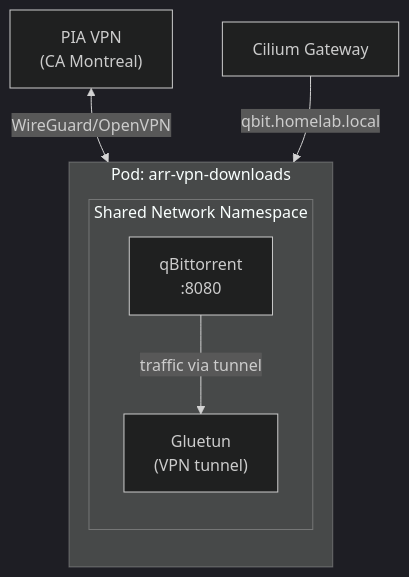
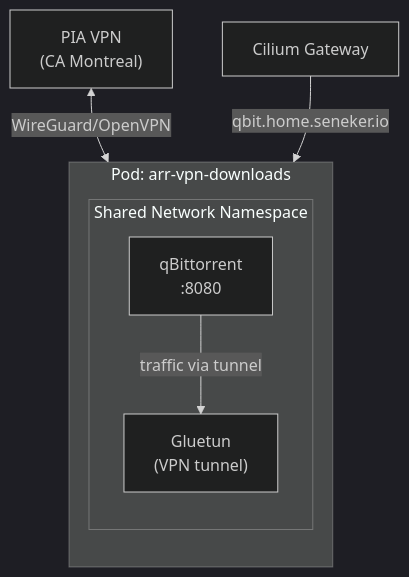
The diagram in docs/apps/downloads.md (kyleseneker/homelab), drawn with Mermaid (dark theme) before and after one commit. The commit also changed other lines of this file and 29 other files, not shown here.

Commit message:
feat: point links, probes, docs and Seerr at home.seneker.io and serve Vault there

````diff
--- a/docs/apps/downloads.md
+++ b/docs/apps/downloads.md
@@ -40,14 +40,14 @@
 ```mermaid
 flowchart TB
     subgraph pod["Pod: arr-vpn-downloads"]
         direction TB
         subgraph netns["Shared Network Namespace"]
             gluetun["Gluetun\n(VPN tunnel)"]
             qbit["qBittorrent\n:8080"]
         end
     end
 
     vpn["PIA VPN\n(CA Montreal)"] <-->|"WireGuard/OpenVPN"| gluetun
     qbit -->|"traffic via tunnel"| gluetun
-    gateway["Cilium Gateway"] -->|"qbit.homelab.local"| netns
+    gateway["Cilium Gateway"] -->|"qbit.home.seneker.io"| netns
 ```
````
